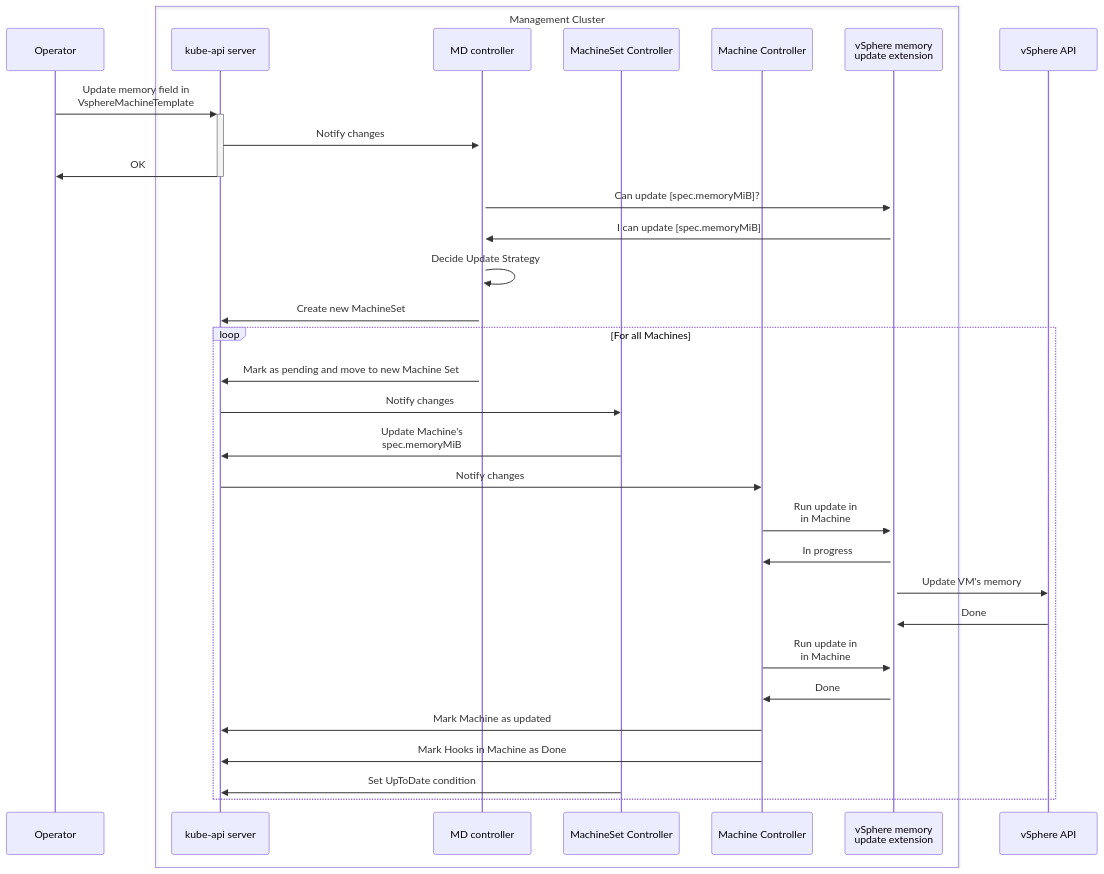
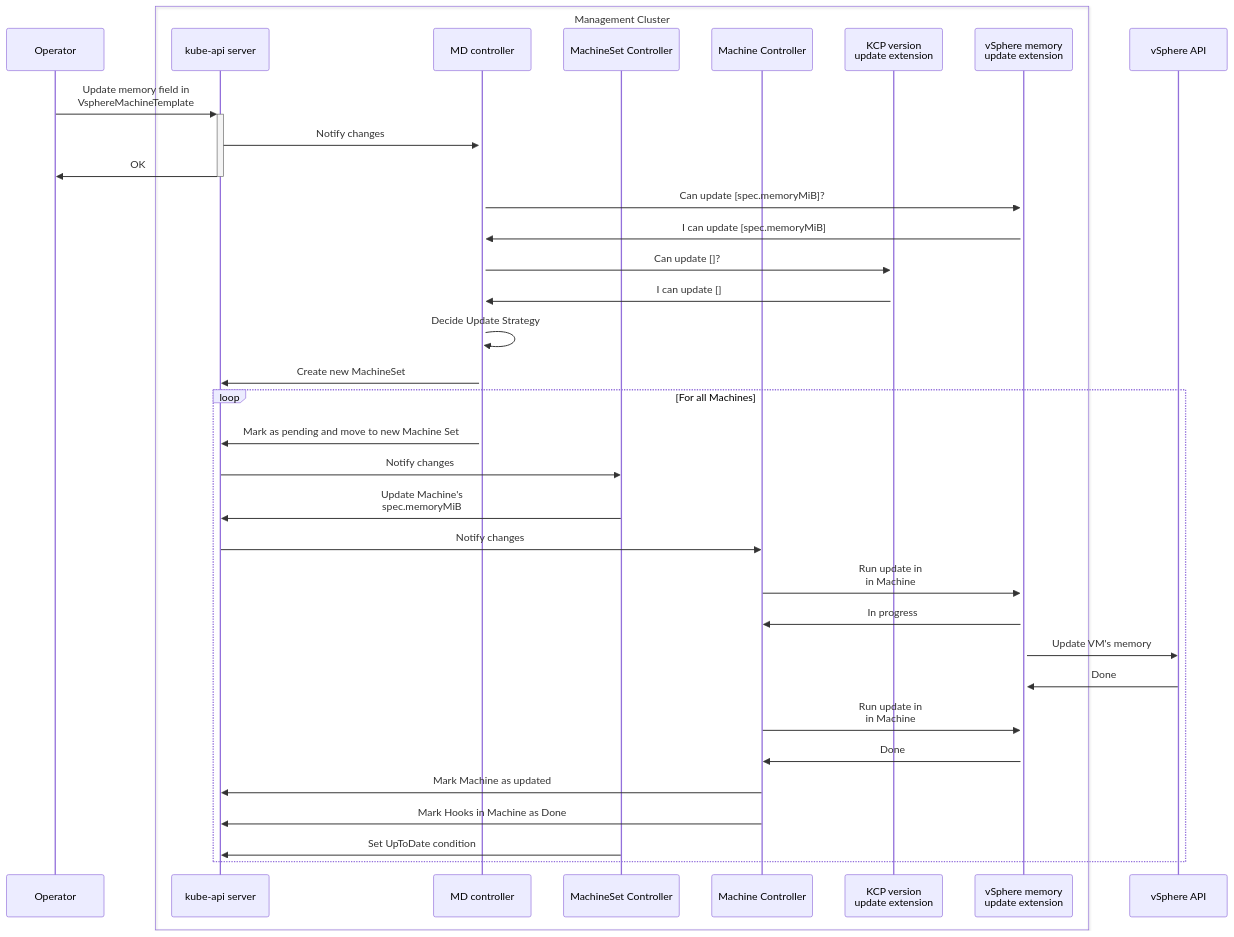
The seventh of 9 diagrams in docs/proposals/20240807-in-place-updates.md (kubernetes-sigs/cluster-api), drawn with Mermaid before and after one commit. The commit also changed other lines of this file, not shown here.

````diff
--- a/docs/proposals/20240807-in-place-updates.md
+++ b/docs/proposals/20240807-in-place-updates.md
@@ -655,39 +655,41 @@
 ```mermaid
 sequenceDiagram
     participant Operator
 
     box Management Cluster
         participant apiserver as kube-api server
         participant capi as  MD controller
         participant msc as MachineSet Controller
         participant mach as Machine Controller
-        participant hook as KCP version <br>update extension
+        participant hook2 as KCP version <br>update extension
         participant hook as vSphere memory <br>update extension
     end
     
 
     participant api as vSphere API
 
     Operator->>+apiserver: Update memory field in<br> VsphereMachineTemplate
     apiserver->>+capi: Notify changes
     apiserver->>-Operator: OK
     capi->>+hook: Can update [spec.memoryMiB]?
         hook->>capi: I can update [spec.memoryMiB]
+    capi->>+hook2: Can update []?
+        hook2->>capi: I can update []
     capi->>capi: Decide Update Strategy
     capi->>apiserver: Create new MachineSet
     loop For all Machines
         capi->>apiserver: Mark as pending and move to new Machine Set
         apiserver->>msc: Notify changes
         msc->>apiserver: Update Machine's<br> spec.memoryMiB
         apiserver->>mach: Notify changes
         mach->>hook: Run update in<br> in Machine
         hook->>mach: In progress
         hook->>api: Update VM's memory
         api->>hook: Done
         mach->>hook: Run update in<br> in Machine
         hook->>mach: Done
         mach->>apiserver: Mark Machine as updated
         mach->>apiserver: Mark Hooks in Machine as Done
         msc->>apiserver: Set UpToDate condition
     end
 ```
````
